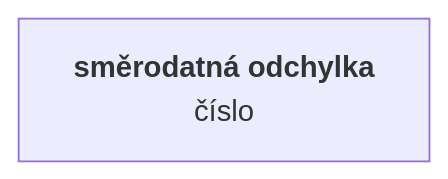
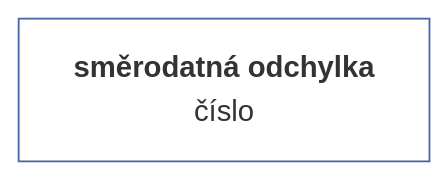
Before and after one commit to muzikp/retusa: diagram 11 of 23 in docs/cs-CZ/vector.md, drawn with Mermaid. The commit also changed other lines of this file and 17 other files, not shown here.

````diff
--- a/docs/cs-CZ/vector.md
+++ b/docs/cs-CZ/vector.md
@@ -292,4 +322,7 @@
 ```mermaid
 graph TD
-A[<b>směrodatná odchylka<br></b>číslo]
+stdev[<b>směrodatná odchylka<br></b>číslo]
+style stdev fill:#FFFFFF;
+style stdev stroke:#4967A4;
+
 ```
````
